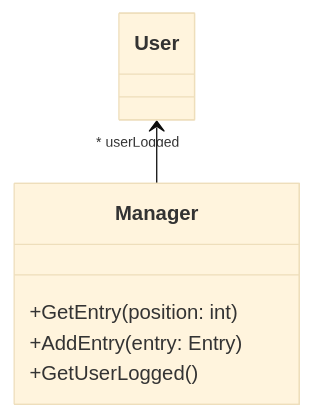
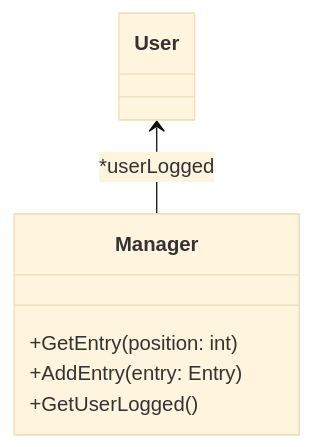
One commit to EllLG1211/Rossignol changed the second of 3 diagrams in Documentation/conception/Initial design/Class/v3.mermaid.md. Above: the diagram before and after it, drawn with Mermaid (base theme). The commit also changed other lines of this file, not shown here.

````diff
--- a/Documentation/conception/Initial design/Class/v3.mermaid.md
+++ b/Documentation/conception/Initial design/Class/v3.mermaid.md
@@ -70,12 +84,12 @@
 ```mermaid
 classDiagram
 
 class Manager{
     +GetEntry(position: int)
     +AddEntry(entry: Entry)
     +GetUserLogged()
 }
 
-User "* userLogged"<-- Manager
+User <-- Manager : *userLogged
 
 ```
````
